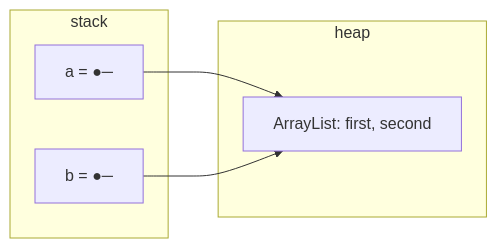
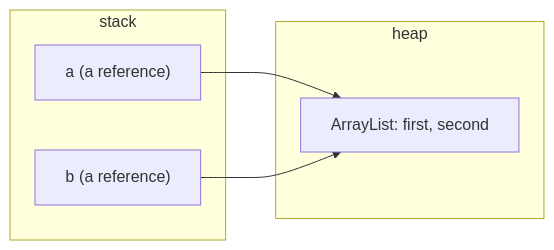
One commit to dataslope/dataslope changed the third of 5 diagrams in content/courses/java-programming-for-beginners/stack-and-heap.mdx. Above: the diagram before and after it, drawn with Mermaid. The commit also changed other lines of this file and 283 other files, not shown here.

First line of the commit message:
Diagrams as elements, not characters: fix the box model, sweep the corpus, and make syntax breakdowns a convention (#652)

````diff
--- a/content/courses/java-programming-for-beginners/stack-and-heap.mdx
+++ b/content/courses/java-programming-for-beginners/stack-and-heap.mdx
@@ -118,12 +118,12 @@
 ```mermaid
 flowchart LR
     subgraph stack
-        A["a = ●─"]
-        B["b = ●─"]
+        A["<code>a</code> (a reference)"]
+        B["<code>b</code> (a reference)"]
     end
     subgraph heap
         L["ArrayList: first, second"]
     end
     A --> L
     B --> L
 ```
````
